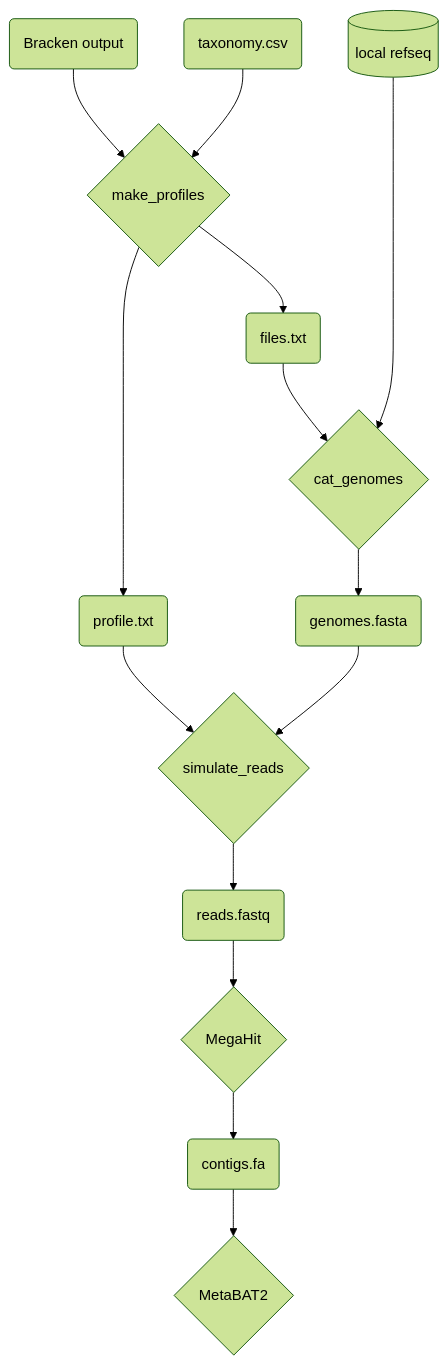
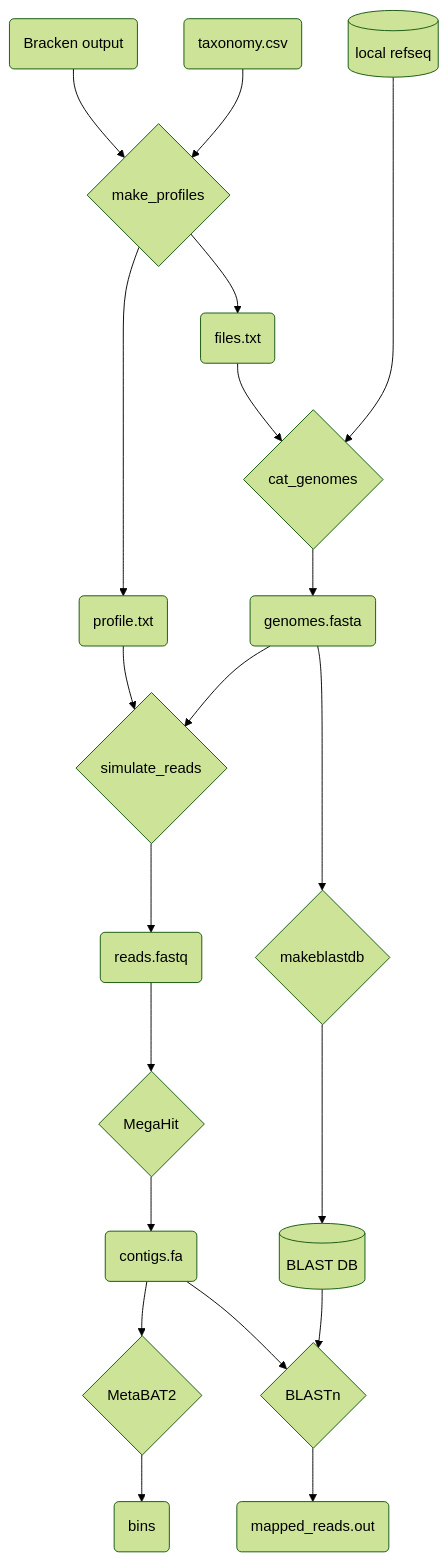
One commit to hurwitzlab/phage_detection_benchmarks changed the diagram in src/simulate_reads/README.md. Above: the diagram before and after it, drawn with Mermaid (forest theme). The commit also changed other lines of this file, not shown here.

Commit message:
add blast

````diff
--- a/src/simulate_reads/README.md
+++ b/src/simulate_reads/README.md
@@ -13,19 +14,25 @@
 ```mermaid
 graph TD
     input(Bracken output) --> profiler{make_profiles};
     taxa(taxonomy.csv) --> profiler;
     profiler --> profile(profile.txt);
     profiler --> globs(files.txt);
     refseq[(local refseq)];
     cat{cat_genomes};
     globs --> cat;
     refseq ----> cat;
     cat --> genomes(genomes.fasta);
     iss{simulate_reads};
     profile --> iss;
     genomes --> iss;
     iss --> reads(reads.fastq);
     reads --> megahit{MegaHit};
-    megahit --> contigs(contigs.fa)
-    contigs --> metabat{MetaBAT2}
+    megahit --> contigs(contigs.fa);
+    contigs --> metabat{MetaBAT2};
+    metabat --> bins(bins)
+    genomes --> dbizer{makeblastdb};
+    dbizer ---> db[(BLAST DB)];
+    db --> blast{BLASTn};
+    contigs --> blast;
+    blast --> mappings(mapped_reads.out);
 ```
````
